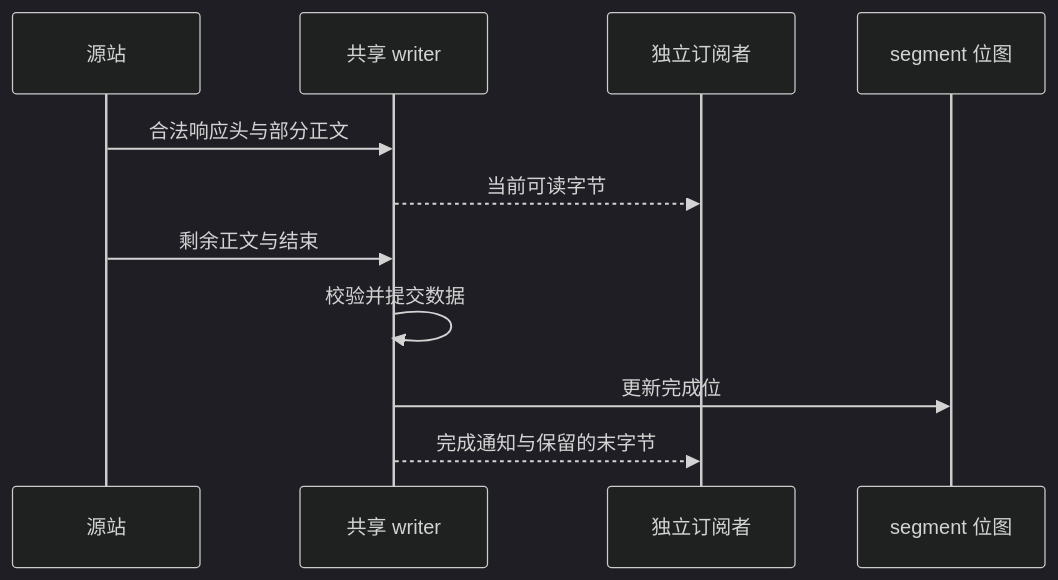
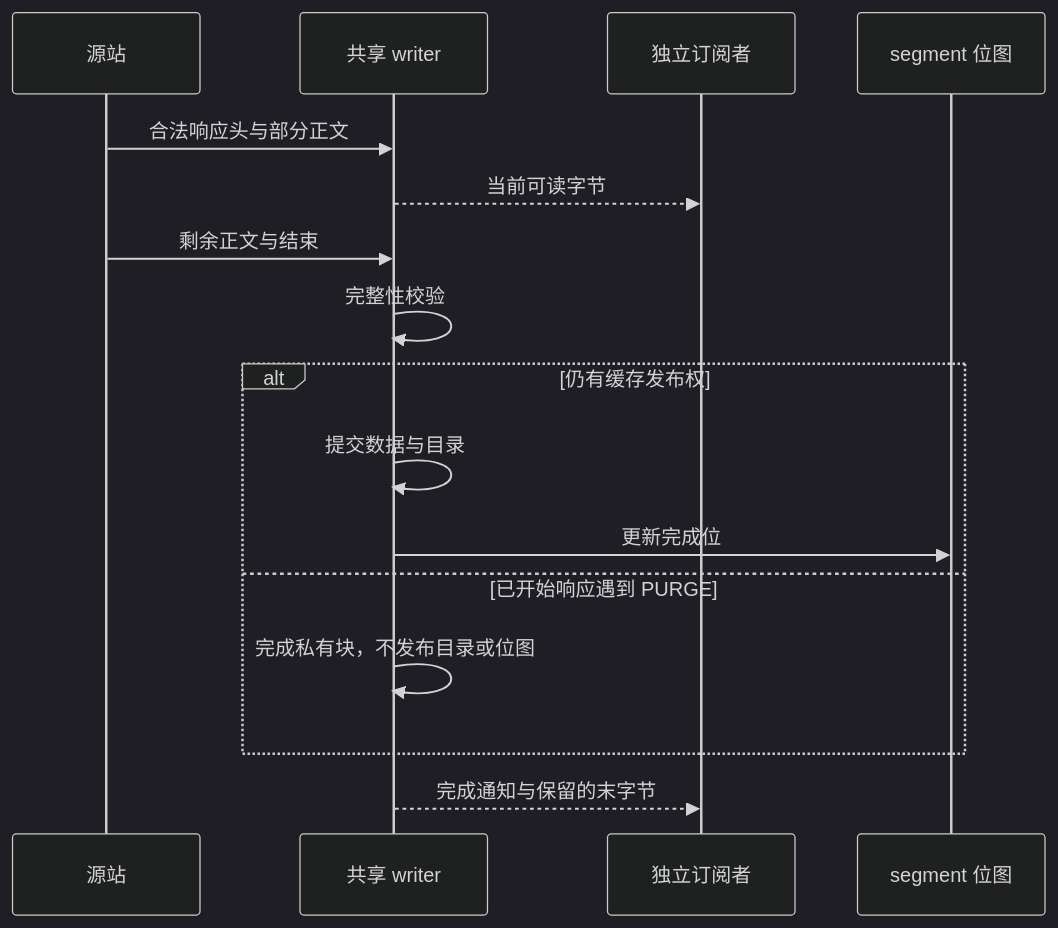
The diagram in docs/rww_implementation.md (Monsterwi/razor), drawn with Mermaid (dark theme) before and after one commit. The commit also changed other lines of this file and 13 other files, not shown here.

Commit message:
docs: align partial cache diagrams and RWW lifecycle

````diff
--- a/docs/rww_implementation.md
+++ b/docs/rww_implementation.md
@@ -7,13 +7,18 @@
 ```mermaid
 sequenceDiagram
     participant O as 源站
     participant W as 共享 writer
     participant R as 独立订阅者
     participant B as segment 位图
     O->>W: 合法响应头与部分正文
     W-->>R: 当前可读字节
     O->>W: 剩余正文与结束
-    W->>W: 校验并提交数据
-    W->>B: 更新完成位
+    W->>W: 完整性校验
+    alt 仍有缓存发布权
+        W->>W: 提交数据与目录
+        W->>B: 更新完成位
+    else 已开始响应遇到 PURGE
+        W->>W: 完成私有块，不发布目录或位图
+    end
     W-->>R: 完成通知与保留的末字节
 ```
````
